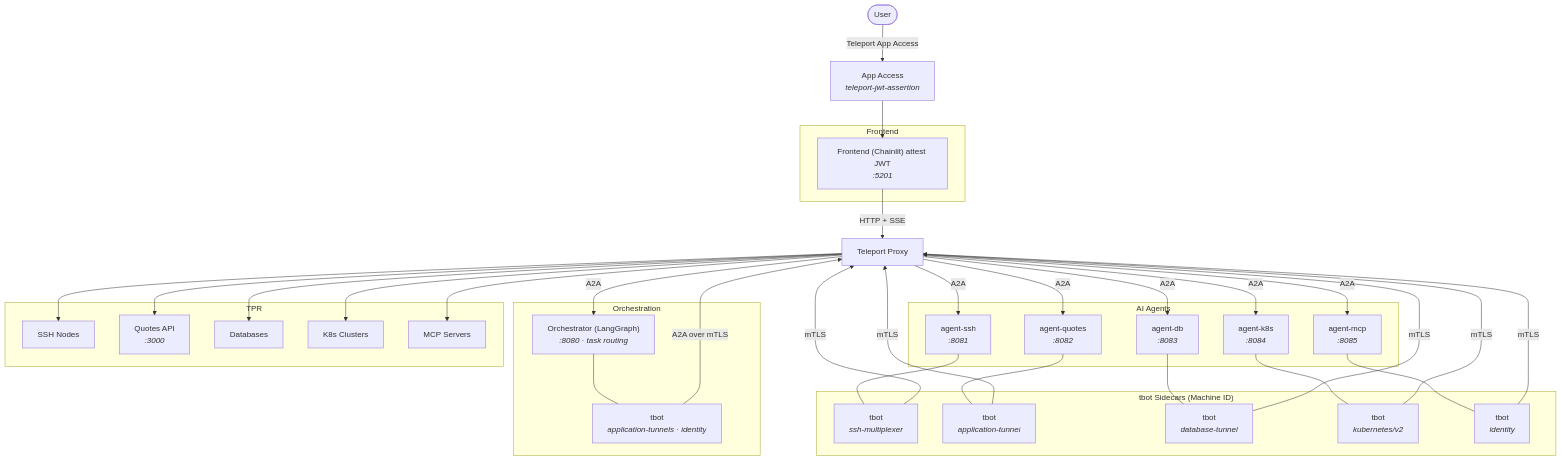
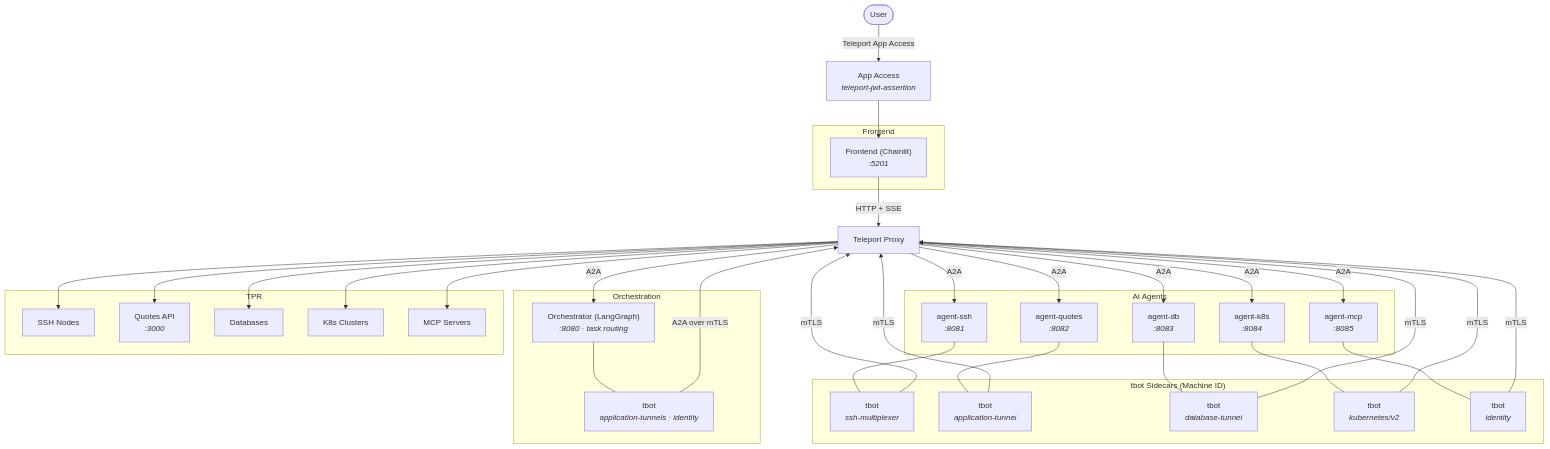
The diagram in use-cases/ai/README.md (gravitational/rev-tech), drawn with Mermaid before and after one commit.

Commit message:
remove superflous JWT note

````diff
--- a/use-cases/ai/README.md
+++ b/use-cases/ai/README.md
@@ -5,69 +5,69 @@
 ```mermaid
 flowchart TB
     User([User])
     AppAccess["App Access<br/><i>teleport-jwt-assertion</i>"]
     Proxy["Teleport Proxy"]
 
     subgraph frontend["Frontend"]
-        Web["Frontend (Chainlit) attest JWT<br/><i>:5201</i>"]
+        Web["Frontend (Chainlit)<br/><i>:5201</i>"]
     end
 
     subgraph orchestration["Orchestration"]
         Orchestrator["Orchestrator (LangGraph)<br/><i>:8080 · task routing</i>"]
         TbotOrch["tbot<br/><i>application-tunnels · identity</i>"]
     end
 
     subgraph agents["AI Agents"]
         SSH["agent-ssh<br/><i>:8081</i>"]
         Quotes["agent-quotes<br/><i>:8082</i>"]
         DB["agent-db<br/><i>:8083</i>"]
         K8s["agent-k8s<br/><i>:8084</i>"]
         MCP["agent-mcp<br/><i>:8085</i>"]
     end
 
     subgraph sidecars["tbot Sidecars (Machine ID)"]
         TbotSSH["tbot<br/><i>ssh-multiplexer</i>"]
         TbotQuotes["tbot<br/><i>application-tunnel</i>"]
         TbotDB["tbot<br/><i>database-tunnel</i>"]
         TbotK8s["tbot<br/><i>kubernetes/v2</i>"]
         TbotMCP["tbot<br/><i>identity</i>"]
     end
 
     subgraph resources["TPR"]
         SSHNodes["SSH Nodes"]
         QuotesApp["Quotes API<br/><i>:3000</i>"]
         Database["Databases"]
         K8sCluster["K8s Clusters"]
         McpServers["MCP Servers"]
     end
 
     User -->|"Teleport App Access"| AppAccess
     AppAccess --> Web
     Web -->|"HTTP + SSE"| Proxy
     Proxy -->|"A2A"| Orchestrator
     Orchestrator --- TbotOrch
     TbotOrch -->|"A2A over mTLS"| Proxy
     Proxy -->|"A2A"| SSH
     Proxy -->|"A2A"| Quotes
     Proxy -->|"A2A"| DB
     Proxy -->|"A2A"| K8s
     Proxy -->|"A2A"| MCP
 
     SSH --- TbotSSH
     Quotes --- TbotQuotes
     DB --- TbotDB
     K8s --- TbotK8s
     MCP --- TbotMCP
 
     TbotSSH -->|"mTLS"| Proxy
     TbotQuotes -->|"mTLS"| Proxy
     TbotDB -->|"mTLS"| Proxy
     TbotK8s -->|"mTLS"| Proxy
     TbotMCP -->|"mTLS"| Proxy
 
     Proxy --> SSHNodes
     Proxy --> QuotesApp
     Proxy --> Database
     Proxy --> K8sCluster
     Proxy --> McpServers
 ```
````
